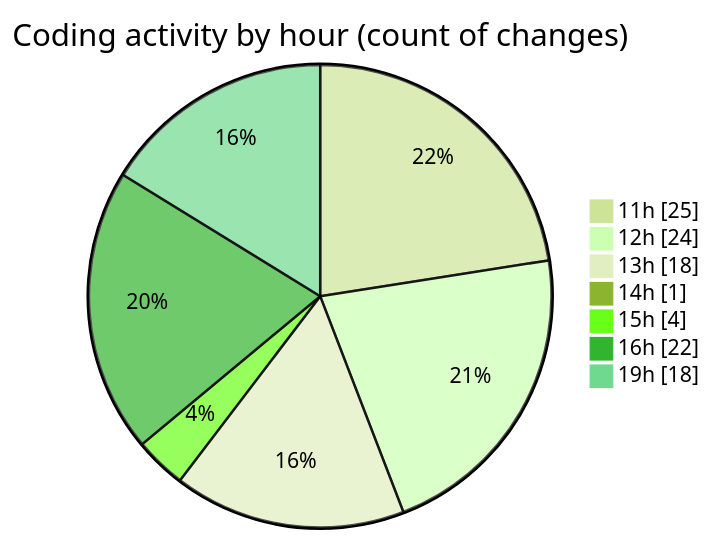
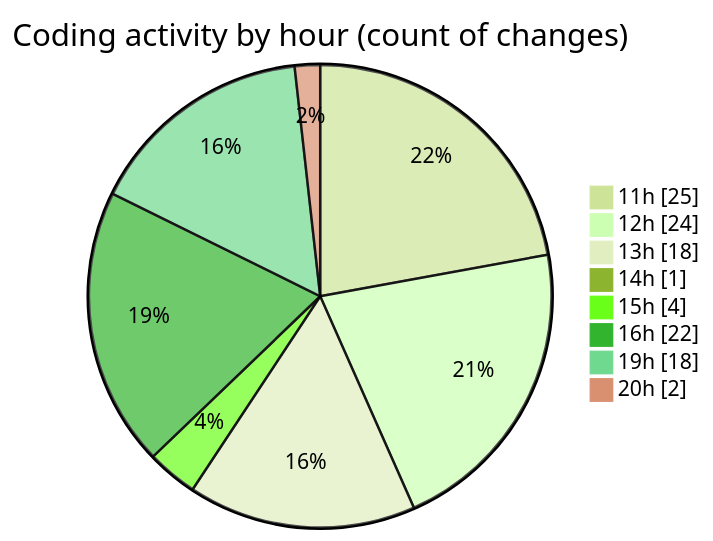
Before and after one commit to MatusMokan/code-tracking: the second of 2 diagrams in 2025-04-12/myws__workspace_/README.md, drawn with Mermaid (forest theme). The commit also changed other lines of this file and 1 other file, not shown here.

````diff
--- a/2025-04-12/myws__workspace_/README.md
+++ b/2025-04-12/myws__workspace_/README.md
@@ -35,11 +36,12 @@
 ```mermaid
 pie showData
 title Coding activity by hour (count of changes)
 "11h" : 25
 "12h" : 24
 "13h" : 18
 "14h" : 1
 "15h" : 4
 "16h" : 22
 "19h" : 18
+"20h" : 2
 ```
````
